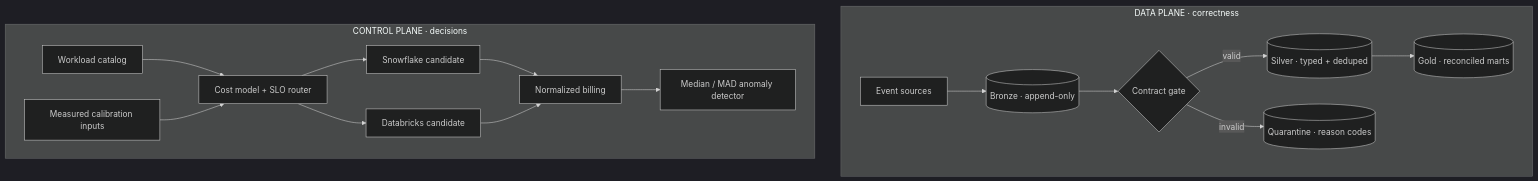
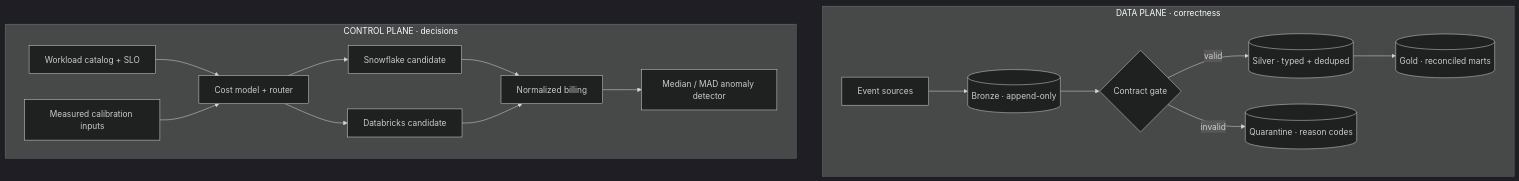
One commit to AnyalstRushi/routelake changed the diagram in README.md. Above: the diagram before and after it, drawn with Mermaid (dark theme). The commit also changed other lines of this file, not shown here.

````diff
--- a/README.md
+++ b/README.md
@@ -36,19 +76,19 @@
 ```mermaid
 flowchart TB
-  subgraph DP["DATA PLANE · correctness"]
+  subgraph DATA["DATA PLANE · correctness"]
     A["Event sources"] --> B[("Bronze · append-only")]
     B --> C{"Contract gate"}
     C -->|valid| D[("Silver · typed + deduped")]
     C -->|invalid| Q[("Quarantine · reason codes")]
-    D --> E[("Gold · reconciled marts")]
+    D --> G[("Gold · reconciled marts")]
   end
-  subgraph CP["CONTROL PLANE · decisions"]
-    W["Workload catalog"] --> R["Cost model + SLO router"]
-    P["Measured calibration inputs"] --> R
+  subgraph CONTROL["CONTROL PLANE · decisions"]
+    W["Workload catalog + SLO"] --> R["Cost model + router"]
+    M["Measured calibration inputs"] --> R
     R --> S["Snowflake candidate"]
     R --> DB["Databricks candidate"]
     S --> U["Normalized billing"]
     DB --> U
     U --> X["Median / MAD anomaly detector"]
   end
 ```
````
